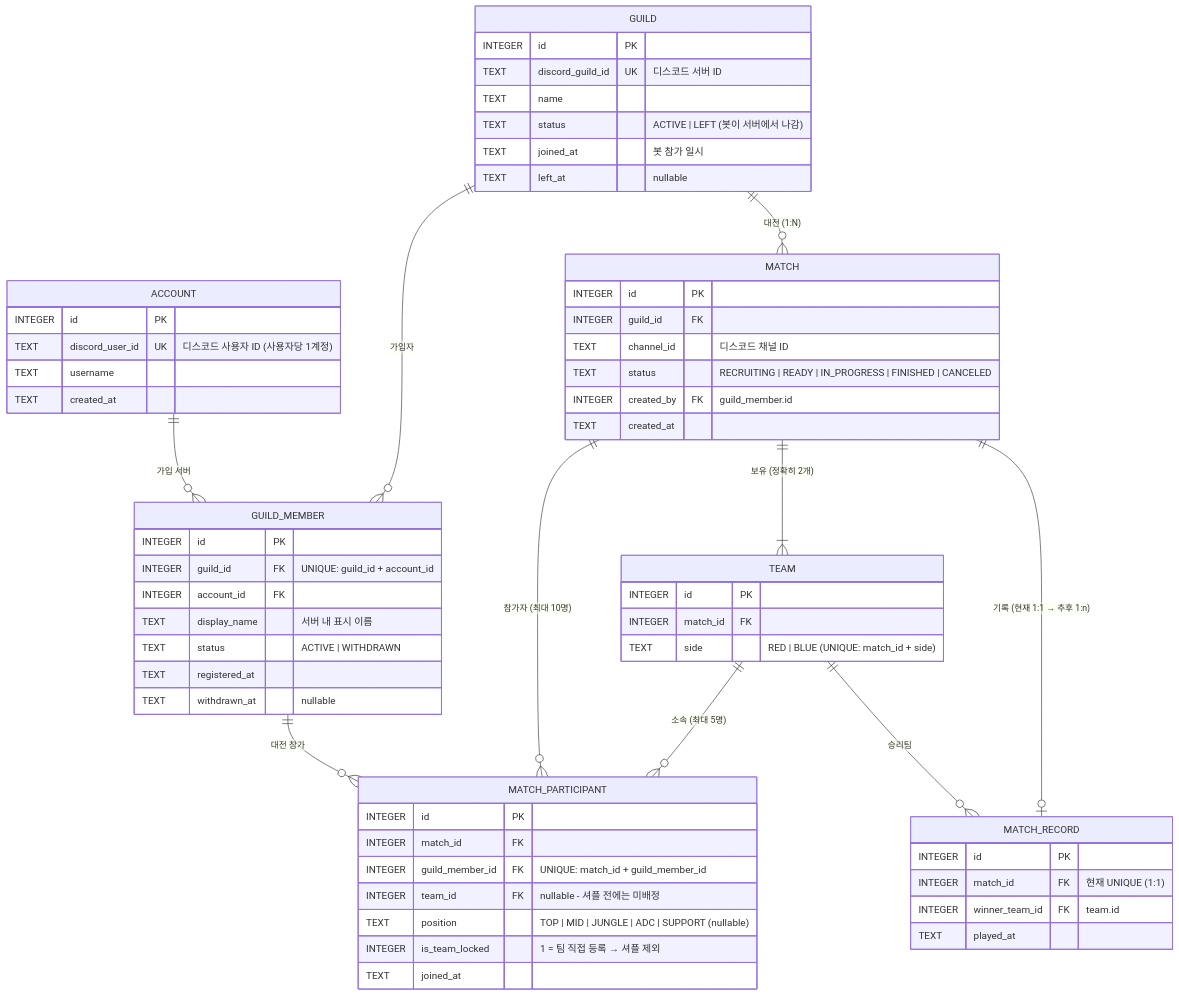
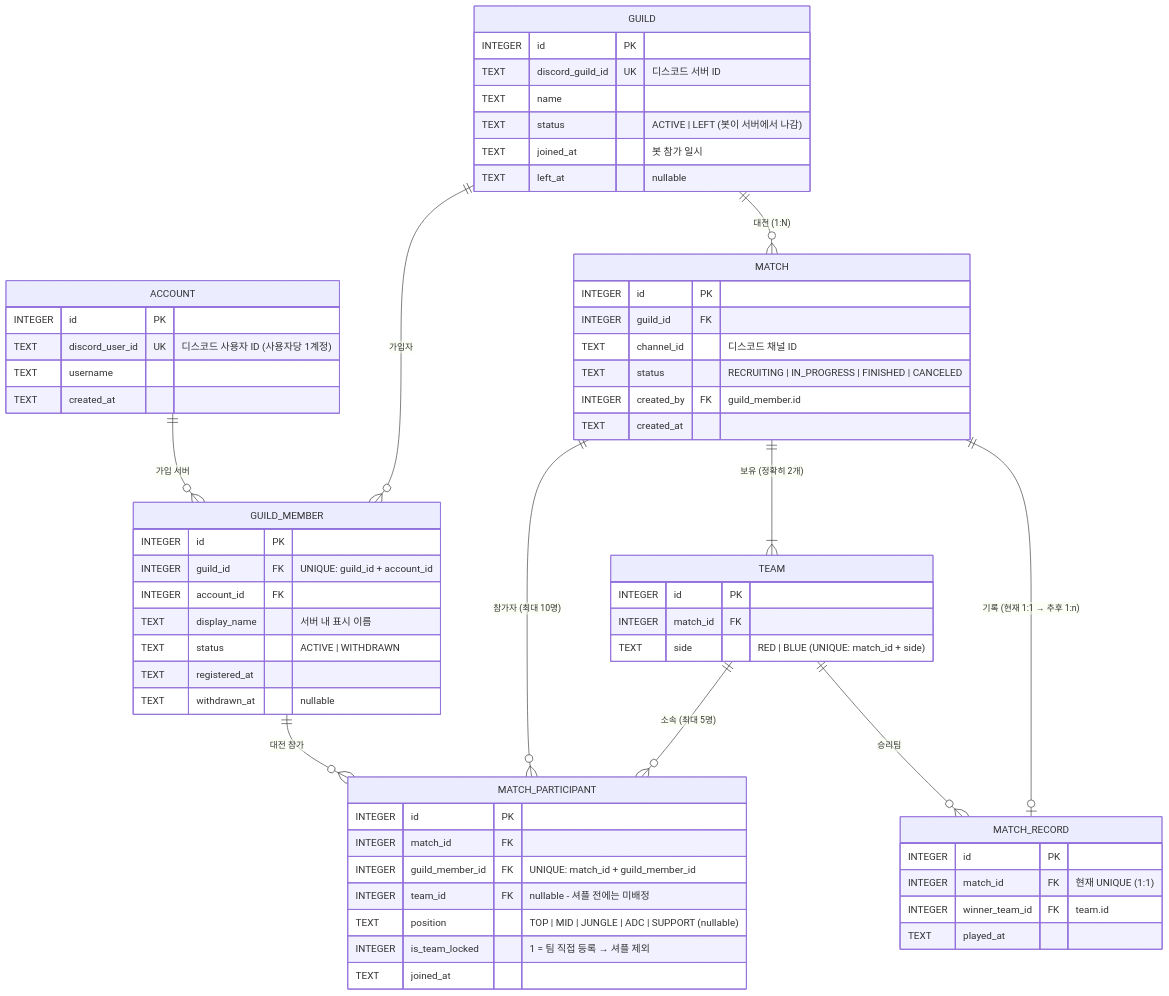
Before and after one commit to RedPanda6801/movie_app_notebook: the diagram in CLAUDE.md, drawn with Mermaid. The commit also changed other lines of this file and 29 other files, not shown here.

````diff
--- a/CLAUDE.md
+++ b/CLAUDE.md
@@ -56,70 +63,70 @@
 ```mermaid
 erDiagram
     GUILD        ||--o{ GUILD_MEMBER      : "가입자"
     ACCOUNT      ||--o{ GUILD_MEMBER      : "가입 서버"
     GUILD        ||--o{ MATCH             : "대전 (1:N)"
     GUILD_MEMBER ||--o{ MATCH_PARTICIPANT : "대전 참가"
     MATCH        ||--o{ MATCH_PARTICIPANT : "참가자 (최대 10명)"
     MATCH        ||--|{ TEAM              : "보유 (정확히 2개)"
     TEAM         ||--o{ MATCH_PARTICIPANT : "소속 (최대 5명)"
     MATCH        ||--o| MATCH_RECORD      : "기록 (현재 1:1 → 추후 1:n)"
     TEAM         ||--o{ MATCH_RECORD      : "승리팀"
 
     GUILD {
         INTEGER id PK
         TEXT    discord_guild_id UK "디스코드 서버 ID"
         TEXT    name
         TEXT    status "ACTIVE | LEFT (봇이 서버에서 나감)"
         TEXT    joined_at "봇 참가 일시"
         TEXT    left_at   "nullable"
     }
 
     ACCOUNT {
         INTEGER id PK
         TEXT    discord_user_id UK "디스코드 사용자 ID (사용자당 1계정)"
         TEXT    username
         TEXT    created_at
     }
 
     GUILD_MEMBER {
         INTEGER id PK
         INTEGER guild_id   FK "UNIQUE: guild_id + account_id"
         INTEGER account_id FK
         TEXT    display_name "서버 내 표시 이름"
         TEXT    status "ACTIVE | WITHDRAWN"
         TEXT    registered_at
         TEXT    withdrawn_at "nullable"
     }
 
     MATCH {
         INTEGER id PK
         INTEGER guild_id FK
         TEXT    channel_id "디스코드 채널 ID"
-        TEXT    status "RECRUITING | READY | IN_PROGRESS | FINISHED | CANCELED"
+        TEXT    status "RECRUITING | IN_PROGRESS | FINISHED | CANCELED"
         INTEGER created_by FK "guild_member.id"
         TEXT    created_at
     }
 
     TEAM {
         INTEGER id PK
         INTEGER match_id FK
         TEXT    side "RED | BLUE  (UNIQUE: match_id + side)"
     }
 
     MATCH_PARTICIPANT {
         INTEGER id PK
         INTEGER match_id        FK
         INTEGER guild_member_id FK "UNIQUE: match_id + guild_member_id"
         INTEGER team_id         FK "nullable - 셔플 전에는 미배정"
         TEXT    position "TOP | MID | JUNGLE | ADC | SUPPORT (nullable)"
         INTEGER is_team_locked "1 = 팀 직접 등록 → 셔플 제외"
         TEXT    joined_at
     }
 
     MATCH_RECORD {
         INTEGER id PK
         INTEGER match_id       FK "현재 UNIQUE (1:1)"
         INTEGER winner_team_id FK "team.id"
         TEXT    played_at
     }
 ```
````
